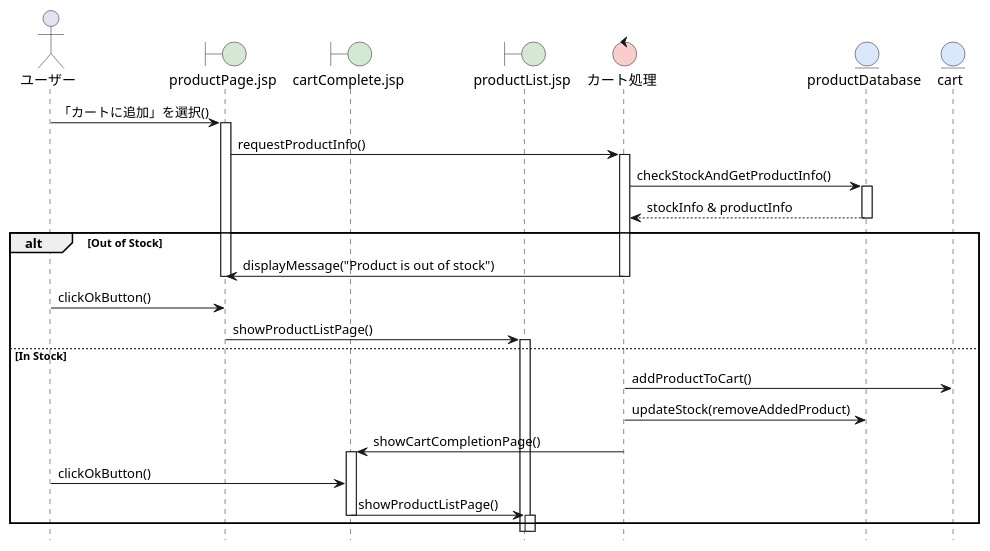
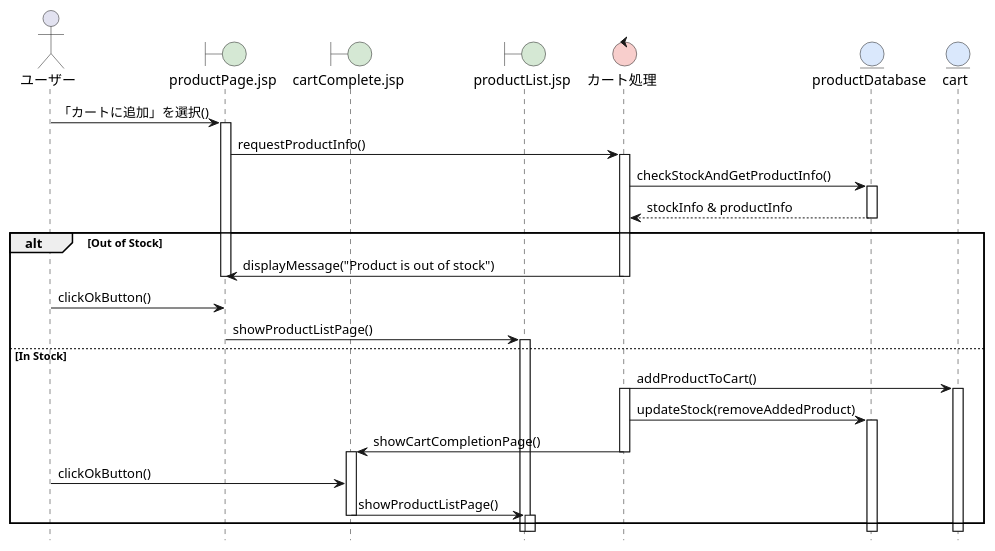
The diagram in BBshop/sequence_05_Add_cart.pu (ghbuser12/ohara_uml), drawn with PlantUML before and after one commit. The commit also changed 3 other files, not shown here.

```diff
--- a/BBshop/sequence_05_Add_cart.pu
+++ b/BBshop/sequence_05_Add_cart.pu
@@ -1,47 +1,50 @@
 @startuml Web訪問者システム-カート追加シーケンス図
 hide footbox
 skinparam boundaryBackgroundColor #D5E8D4
 skinparam controlBackgroundColor  #F8CECC
 skinparam entityBackgroundColor   #DAE8FC
 
 actor ユーザー as U
 boundary productPage.jsp as B1
 boundary cartComplete.jsp as B2
 boundary productList.jsp as B3
 control カート処理 as C1
 entity productDatabase as E1
 entity cart as E2
 
 ' 基本フロー
 U -> B1: 「カートに追加」を選択()
 activate B1
 
 B1 -> C1: requestProductInfo()
 activate C1
 C1 -> E1: checkStockAndGetProductInfo()
 activate E1
 E1 --> C1: stockInfo & productInfo
 deactivate E1
 
 alt Out of Stock
   C1 -> B1: displayMessage("Product is out of stock")
   deactivate C1
   deactivate B1
   U -> B1: clickOkButton()
   B1 -> B3: showProductListPage()
   activate B3
 else In Stock
   C1 -> E2: addProductToCart()
+  activate C1
+  activate E2
   C1 -> E1: updateStock(removeAddedProduct)
+  activate E1
   C1 -> B2: showCartCompletionPage()
   deactivate C1
   deactivate B1
   activate B2
   U -> B2: clickOkButton()
   B2 -> B3: showProductListPage()
   deactivate B2
   activate B3
 end
 
 
 @enduml
```
